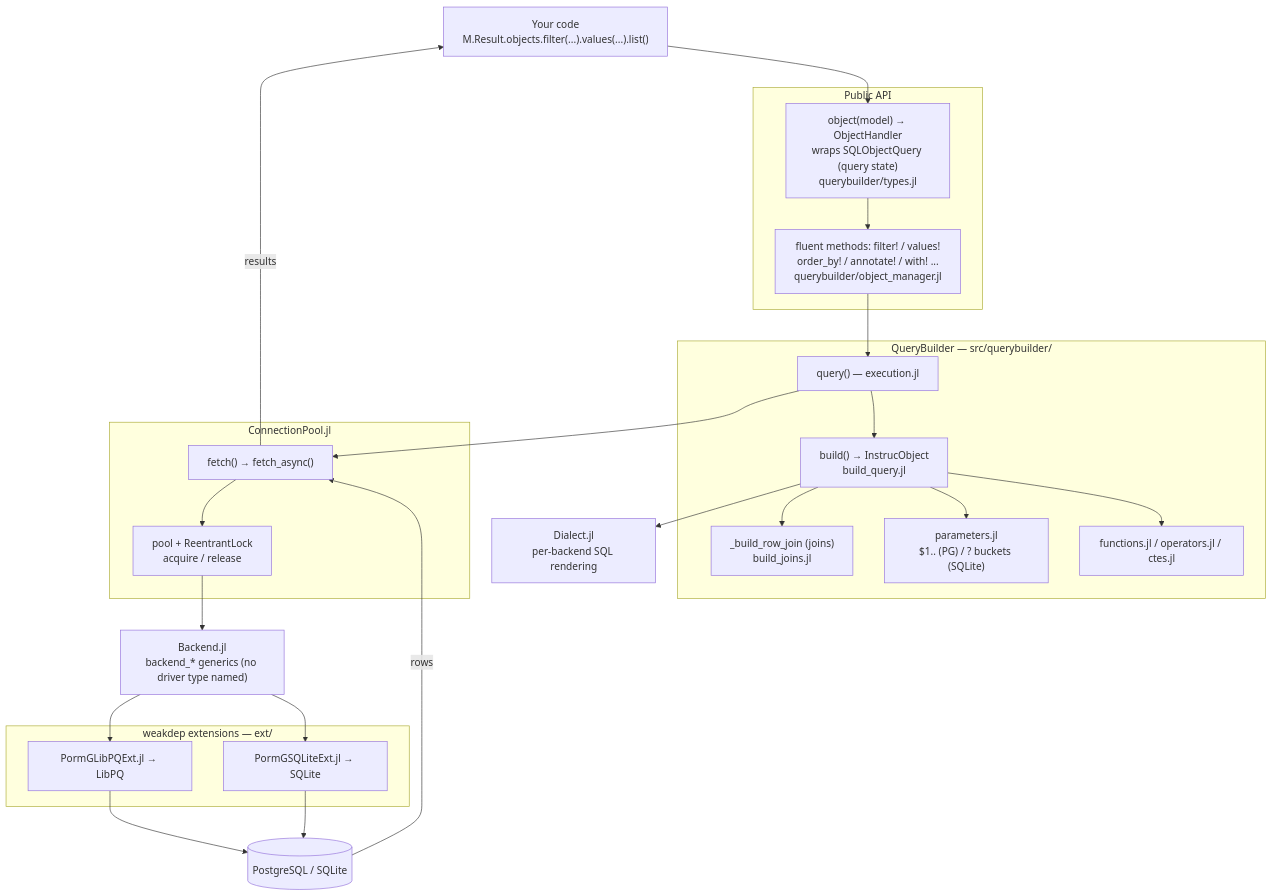
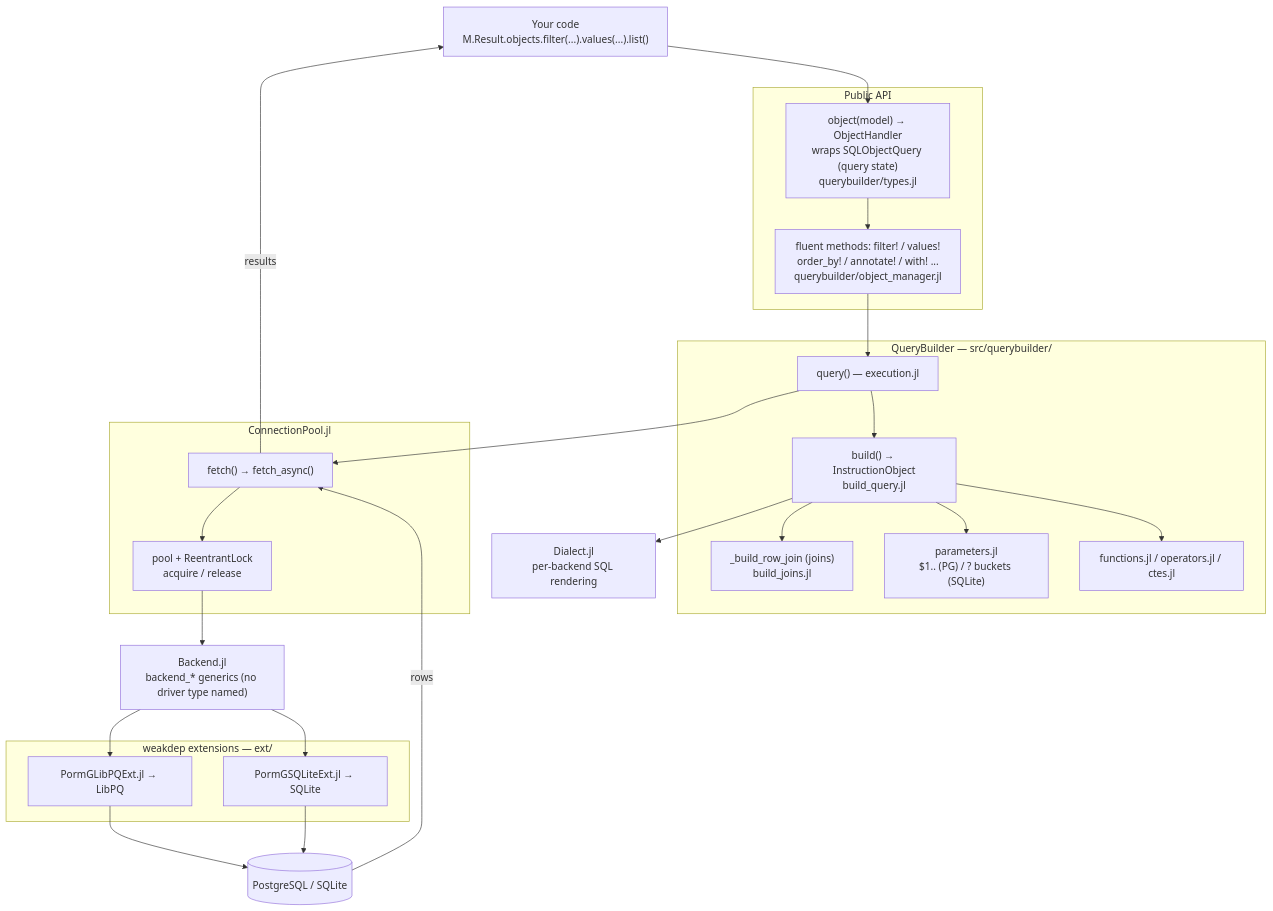
Before and after one commit to PingoLee/PormG.jl: the first of 4 diagrams in docs/src/architecture.md, drawn with Mermaid. The commit also changed other lines of this file and 33 other files, not shown here.

````diff
--- a/docs/src/architecture.md
+++ b/docs/src/architecture.md
@@ -13,41 +13,41 @@
 ```mermaid
 flowchart TD
   U["Your code<br/>M.Result.objects.filter(...).values(...).list()"]
 
   subgraph API["Public API"]
     OBJ["object(model) → ObjectHandler<br/>wraps SQLObjectQuery (query state)<br/>querybuilder/types.jl"]
     CHAIN["fluent methods: filter! / values!<br/>order_by! / annotate! / with! ...<br/>querybuilder/object_manager.jl"]
   end
 
   subgraph QB["QueryBuilder — src/querybuilder/"]
     Q["query() — execution.jl"]
-    B["build() → InstrucObject<br/>build_query.jl"]
+    B["build() → InstructionObject<br/>build_query.jl"]
     J["_build_row_join (joins)<br/>build_joins.jl"]
     P["parameters.jl<br/>$1.. (PG) / ? buckets (SQLite)"]
     F["functions.jl / operators.jl / ctes.jl"]
   end
 
   DI["Dialect.jl<br/>per-backend SQL rendering"]
 
   subgraph CP["ConnectionPool.jl"]
     FE["fetch() → fetch_async()"]
     POOL["pool + ReentrantLock<br/>acquire / release"]
   end
 
   BK["Backend.jl<br/>backend_* generics (no driver type named)"]
   subgraph EXT["weakdep extensions — ext/"]
     PG["PormGLibPQExt.jl → LibPQ"]
     SL["PormGSQLiteExt.jl → SQLite"]
   end
   DB[("PostgreSQL / SQLite")]
 
   U --> OBJ --> CHAIN --> Q --> B
   B --> J
   B --> P
   B --> F
   B --> DI
   Q --> FE --> POOL --> BK
   BK --> PG --> DB
   BK --> SL --> DB
   DB -->|rows| FE -->|results| U
 ```
````
